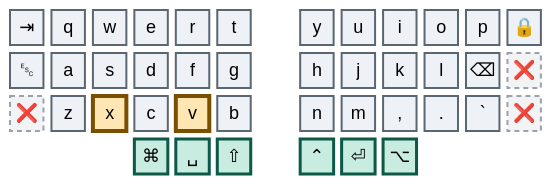
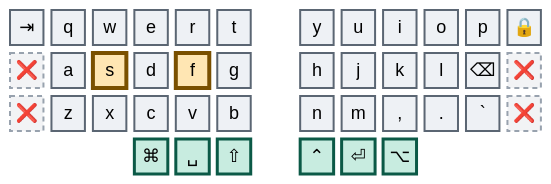
Before and after one commit to abloch/zmk-corne: the sixth of 41 diagrams in combos.md, drawn with Mermaid. The commit also changed other lines of this file and 5 other files, not shown here.

````diff
--- a/combos.md
+++ b/combos.md
@@ -155,21 +157,21 @@
 ```mermaid
 %%{init: {'theme':'base','themeVariables':{'primaryColor':'#eef1f5','primaryTextColor':'#0b0f14','primaryBorderColor':'#5b6673','nodeTextColor':'#0b0f14','textColor':'#0b0f14','mainBkg':'#eef1f5','fontSize':'18px'}}}%%
 block
 columns 13
 
   tab["⇥"] q w e r t space y u i o p lock["🔒"]
-  esc["␛"] a s d f g space h j k l bspc["⌫"] x1["❌"]
+  x4["❌"] a s d f g space h j k l bspc["⌫"] x1["❌"]
   x2["❌"] z x c v b space n m cma[","] dot["."] grv[" `"] x3["❌"]
   space:3 cmd["⌘"] spc["␣"] sft["⇧"] space ctl["⌃"] ent["⏎"] alt["⌥"] space:3
 
   classDef anchor fill:#bfe6f0,stroke:#0a4f63,stroke-width:4px,color:#04222b
   classDef trig fill:#ffe6b3,stroke:#7a5000,stroke-width:4px,color:#2e1e00
   classDef core fill:#eef1f5,stroke:#5b6673,stroke-width:2px,color:#0b0f14
   classDef thumb fill:#c8ece0,stroke:#0b5946,stroke-width:3px,color:#06241c
   classDef dead fill:#f2f3f5,stroke:#98a2ae,stroke-width:2px,stroke-dasharray:5 4,color:#5b6673
 
-  class x,v trig
-  class tab,q,w,e,r,t,y,u,i,o,p,lock,esc,a,s,d,f,g,h,j,k,l,bspc,z,c,b,n,m,cma,dot,grv core
+  class s,f trig
+  class tab,q,w,e,r,t,y,u,i,o,p,lock,a,d,g,h,j,k,l,bspc,z,x,c,v,b,n,m,cma,dot,grv core
   class cmd,spc,sft,ctl,ent,alt thumb
-  class x1,x2,x3 dead
+  class x1,x2,x3,x4 dead
 ```
````
